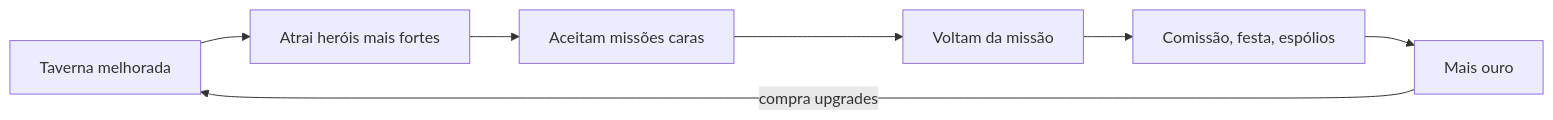
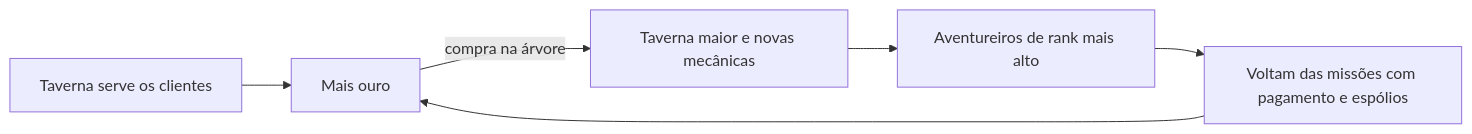
One commit to gabriellpimentell-arch/taverna-de-aventureiros changed the diagram in docs/GDD.md. Above: the diagram before and after it, drawn with Mermaid. The commit also changed other lines of this file, not shown here.

First line of the commit message:
Atualiza o GDD com a visão completa do jogo

````diff
--- a/docs/GDD.md
+++ b/docs/GDD.md
@@ -27,9 +30,8 @@
 ```mermaid
 flowchart LR
-    A[Taverna melhorada] --> B[Atrai heróis mais fortes]
-    B --> C[Aceitam missões caras]
-    C --> D[Voltam da missão]
-    D --> E[Comissão, festa, espólios]
-    E --> F[Mais ouro]
-    F -- compra upgrades --> A
+    A[Taverna serve os clientes] --> B[Mais ouro]
+    B -- compra na árvore --> C[Taverna maior e novas mecânicas]
+    C --> D[Aventureiros de rank mais alto]
+    D --> E[Voltam das missões com pagamento e espólios]
+    E --> B
 ```
````
